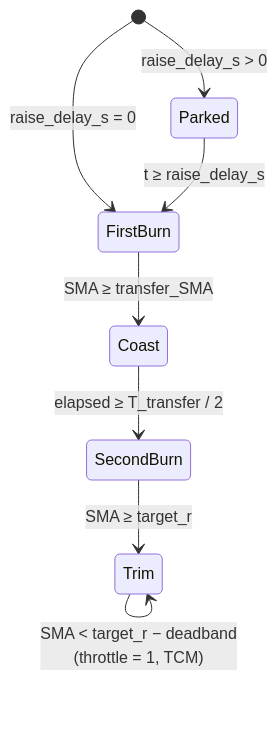
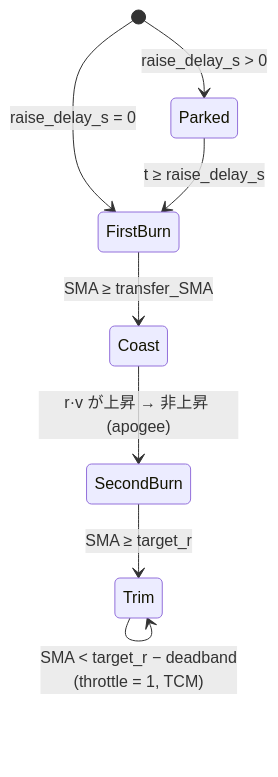
One commit to sksat/orts changed the diagram in plugin-sdk/examples/constellation-phasing/README.md. Above: the diagram before and after it, drawn with Mermaid. The commit also changed 3 other files, not shown here.

````diff
--- a/plugin-sdk/examples/constellation-phasing/README.md
+++ b/plugin-sdk/examples/constellation-phasing/README.md
@@ -76,11 +76,11 @@
 ```mermaid
 stateDiagram-v2
     [*] --> Parked : raise_delay_s > 0
     [*] --> FirstBurn : raise_delay_s = 0
     Parked --> FirstBurn : t ≥ raise_delay_s
     FirstBurn --> Coast : SMA ≥ transfer_SMA
-    Coast --> SecondBurn : elapsed ≥ T_transfer / 2
+    Coast --> SecondBurn : r·v が上昇 → 非上昇 (apogee)
     SecondBurn --> Trim : SMA ≥ target_r
     Trim --> Trim : SMA ≥ target_r − deadband
     Trim --> Trim : SMA < target_r − deadband<br>(throttle = 1, TCM)
 ```
````
